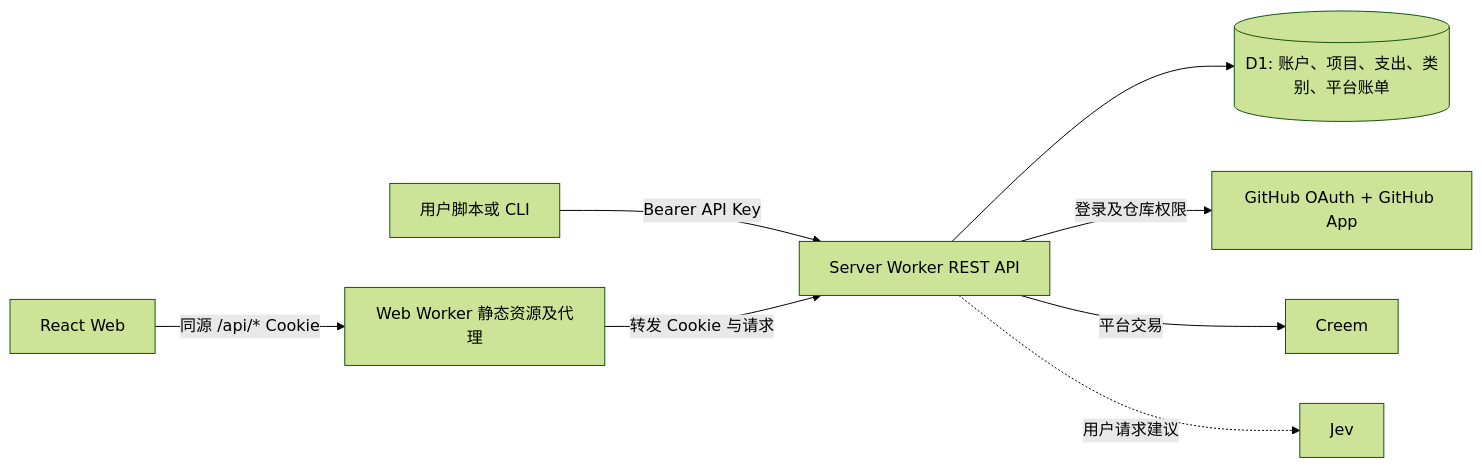
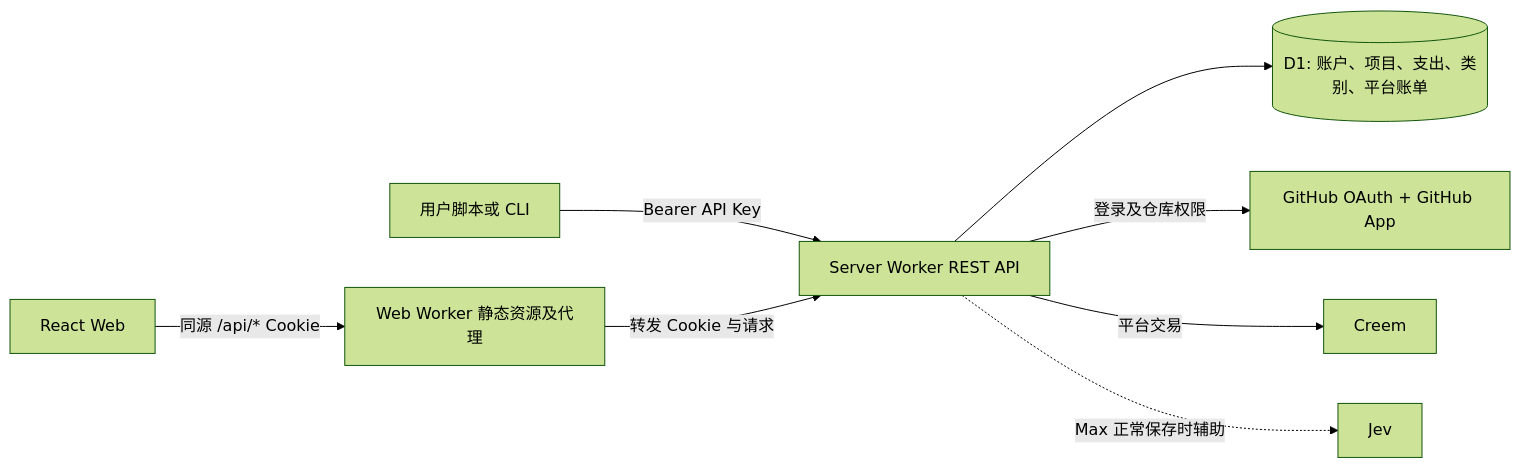
One commit to GoPullwise/pullwise-server changed the diagram in docs/design/github-project-ledger/README.md. Above: the diagram before and after it, drawn with Mermaid (forest theme). The commit also changed other lines of this file and 7 other files, not shown here.

````diff
--- a/docs/design/github-project-ledger/README.md
+++ b/docs/design/github-project-ledger/README.md
@@ -29,10 +29,10 @@
 ```mermaid
 flowchart LR
     Browser[React Web] -->|同源 /api/* Cookie| W[Web Worker 静态资源及代理]
     Script[用户脚本或 CLI] -->|Bearer API Key| S[Server Worker REST API]
     W -->|转发 Cookie 与请求| S
     S --> D1[(D1: 账户、项目、支出、类别、平台账单)]
     S -->|登录及仓库权限| GH[GitHub OAuth + GitHub App]
     S -->|平台交易| C[Creem]
-    S -. 用户请求建议 .-> J[Jev]
+    S -. Max 正常保存时辅助 .-> J[Jev]
 ```
````
